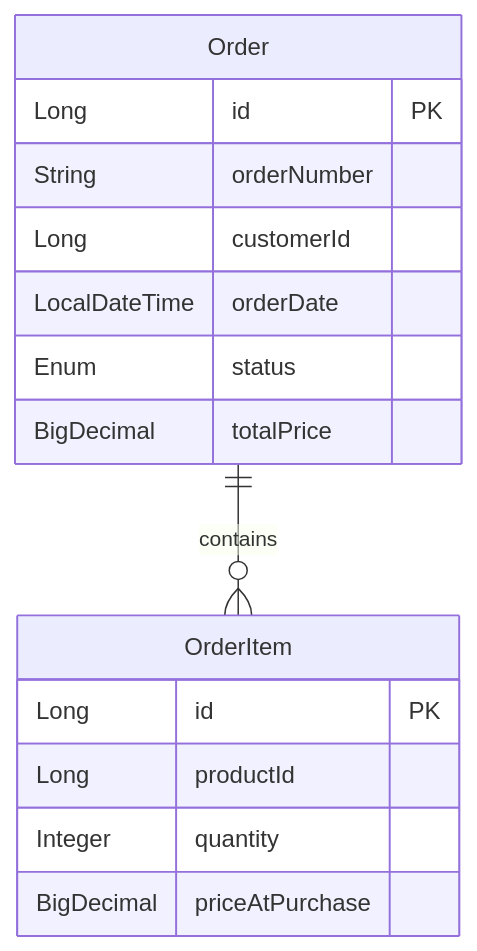
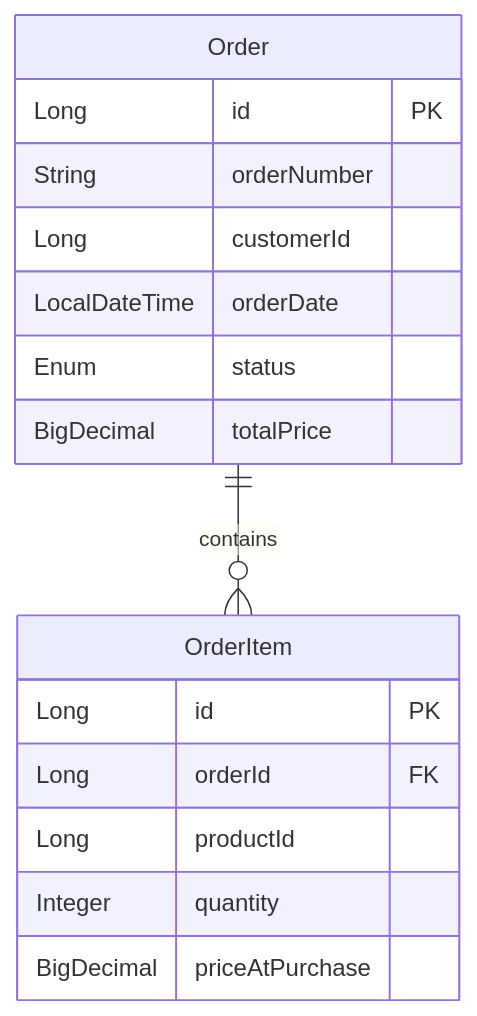
One commit to kleyner098/StreamLine-Logistics changed the diagram in microservice-order/README.md. Above: the diagram before and after it, drawn with Mermaid. The commit also changed other lines of this file and 1 other file, not shown here.

Commit message:
feat: add orderId field to OrderItem for better relationship mapping

````diff
--- a/microservice-order/README.md
+++ b/microservice-order/README.md
@@ -29,18 +30,19 @@
 ```mermaid
 erDiagram
     Order {
         Long id PK
         String orderNumber
         Long customerId
         LocalDateTime orderDate
         Enum status
         BigDecimal totalPrice
     }
     OrderItem {
         Long id PK
+        Long orderId FK
         Long productId
         Integer quantity
         BigDecimal priceAtPurchase
     }
     Order ||--o{ OrderItem : contains
 ```
````
